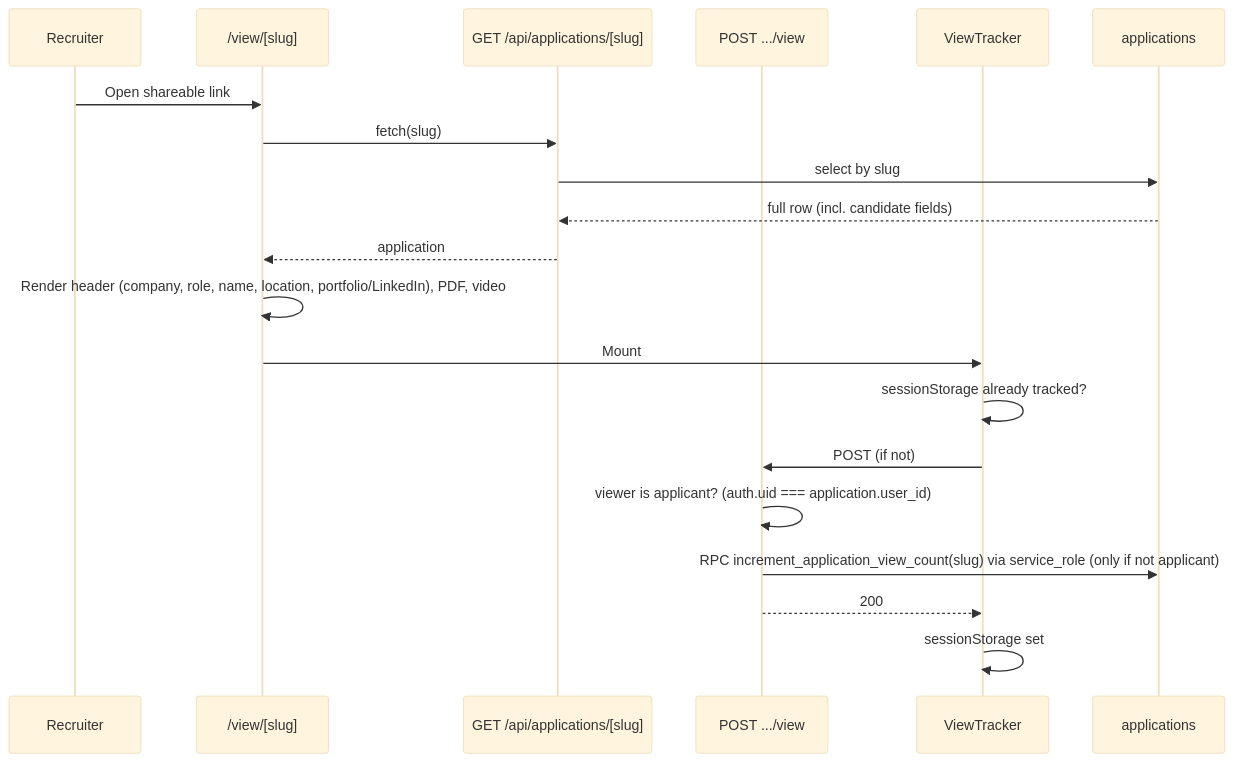
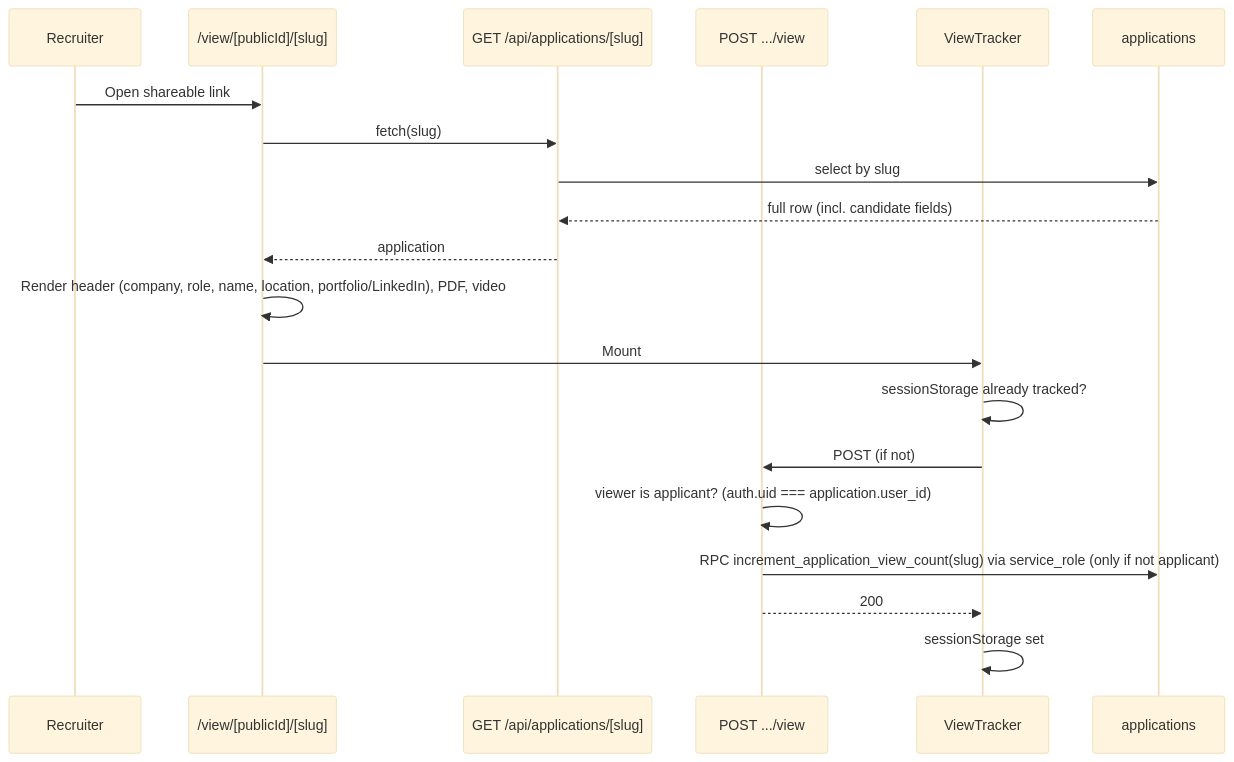
One commit to joan-gerard/my-hire-view changed diagram 13 of 13 in docs/DATA_FLOW.md. Above: the diagram before and after it, drawn with Mermaid (base theme). The commit also changed other lines of this file and 57 other files, not shown here.

````diff
--- a/docs/DATA_FLOW.md
+++ b/docs/DATA_FLOW.md
@@ -443,23 +457,23 @@
 ```mermaid
 sequenceDiagram
   participant R as Recruiter
-  participant Page as /view/[slug]
+  participant Page as /view/[publicId]/[slug]
   participant SlugAPI as GET /api/applications/[slug]
   participant ViewAPI as POST .../view
   participant VT as ViewTracker
   participant Applications as applications
 
   R->>Page: Open shareable link
   Page->>SlugAPI: fetch(slug)
   SlugAPI->>Applications: select by slug
   Applications-->>SlugAPI: full row (incl. candidate fields)
   SlugAPI-->>Page: application
   Page->>Page: Render header (company, role, name, location, portfolio/LinkedIn), PDF, video
   Page->>VT: Mount
   VT->>VT: sessionStorage already tracked?
   VT->>ViewAPI: POST (if not)
   ViewAPI->>ViewAPI: viewer is applicant? (auth.uid === application.user_id)
   ViewAPI->>Applications: RPC increment_application_view_count(slug) via service_role (only if not applicant)
   ViewAPI-->>VT: 200
   VT->>VT: sessionStorage set
 ```
````
